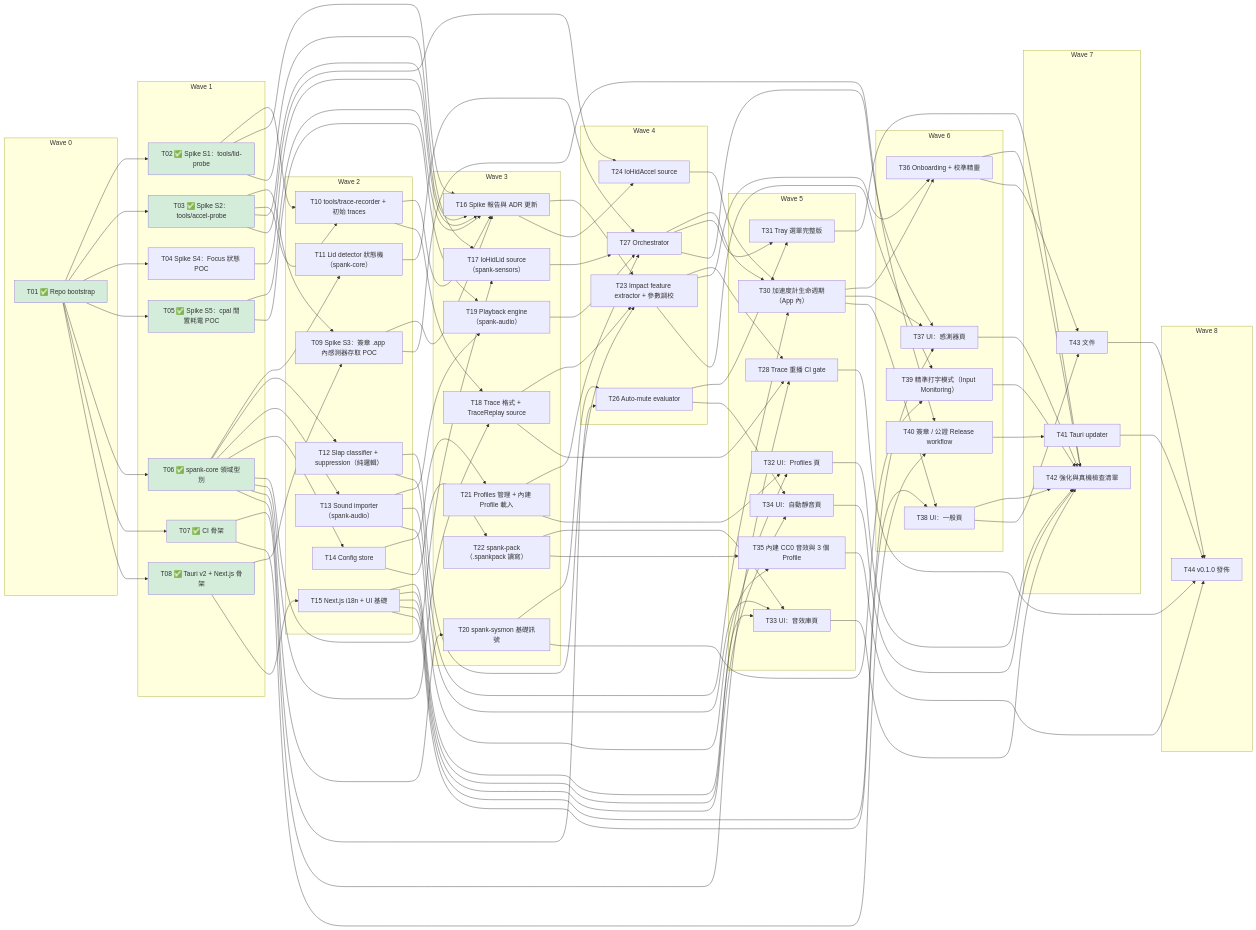
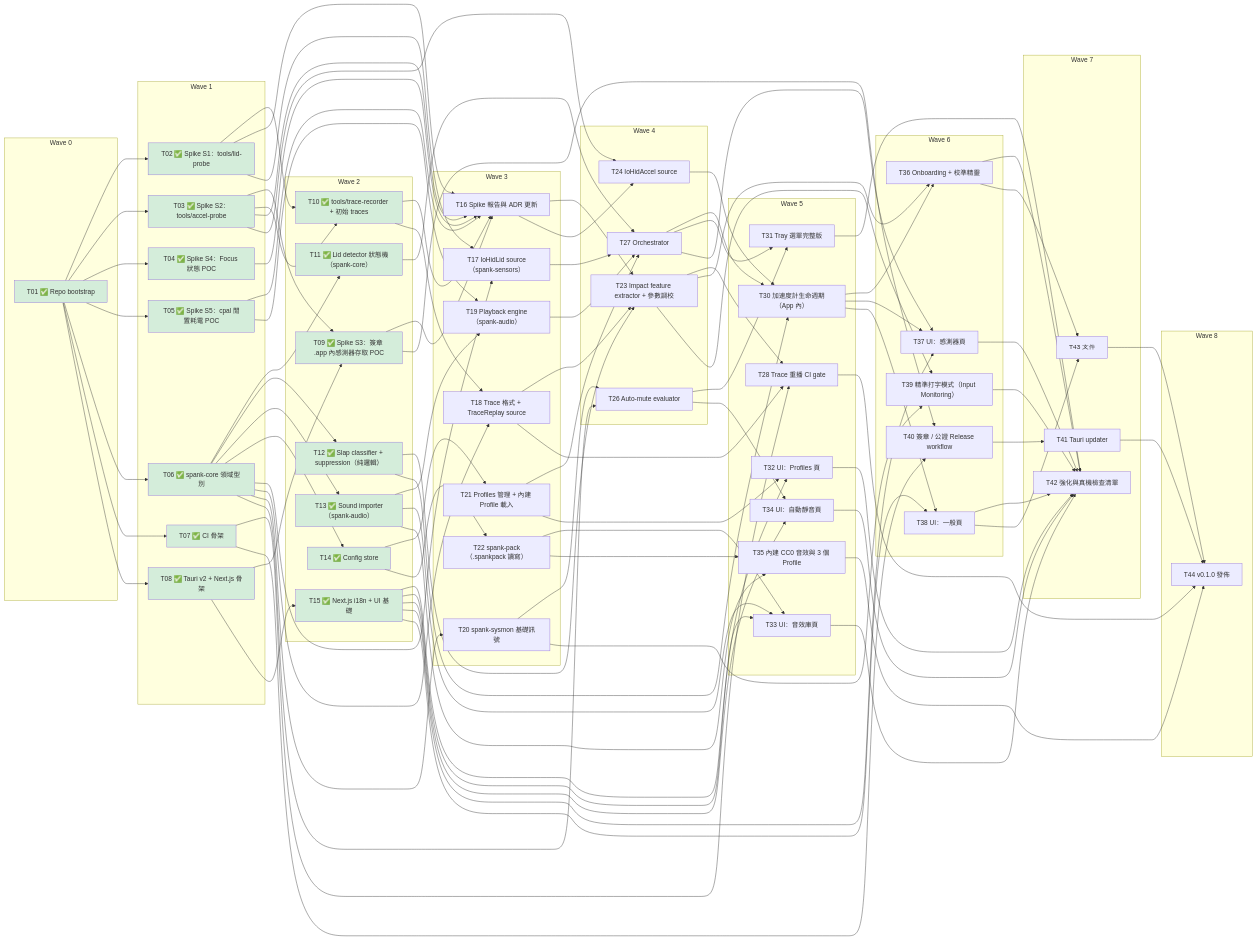
One commit to kaija/spank changed the diagram in docs/tasks.md. Above: the diagram before and after it, drawn with Mermaid. The commit also changed other lines of this file and 104 other files, not shown here.

First line of the commit message:
feat: complete Wave 2 (detectors, store, audio import, UI shell, traces, signing spike)

````diff
--- a/docs/tasks.md
+++ b/docs/tasks.md
@@ -28,20 +28,20 @@
   subgraph W1["Wave 1"]
     T02["T02 ✅ Spike S1：tools/lid-probe"]
     T03["T03 ✅ Spike S2：tools/accel-probe"]
-    T04["T04 Spike S4：Focus 狀態 POC"]
+    T04["T04 ✅ Spike S4：Focus 狀態 POC"]
     T05["T05 ✅ Spike S5：cpal 閒置耗電 POC"]
     T06["T06 ✅ spank-core 領域型別"]
     T07["T07 ✅ CI 骨架"]
     T08["T08 ✅ Tauri v2 + Next.js 骨架"]
   end
   subgraph W2["Wave 2"]
-    T09["T09 Spike S3：簽章 .app 內感測器存取 POC"]
-    T10["T10 tools/trace-recorder + 初始 traces"]
-    T11["T11 Lid detector 狀態機（spank-core）"]
-    T12["T12 Slap classifier + suppression（純邏輯）"]
-    T13["T13 Sound importer（spank-audio）"]
-    T14["T14 Config store"]
-    T15["T15 Next.js i18n + UI 基礎"]
+    T09["T09 ✅ Spike S3：簽章 .app 內感測器存取 POC"]
+    T10["T10 ✅ tools/trace-recorder + 初始 traces"]
+    T11["T11 ✅ Lid detector 狀態機（spank-core）"]
+    T12["T12 ✅ Slap classifier + suppression（純邏輯）"]
+    T13["T13 ✅ Sound importer（spank-audio）"]
+    T14["T14 ✅ Config store"]
+    T15["T15 ✅ Next.js i18n + UI 基礎"]
   end
   subgraph W3["Wave 3"]
     T16["T16 Spike 報告與 ADR 更新"]
@@ -170,8 +170,16 @@
   style T01 fill:#d4edda
   style T02 fill:#d4edda
   style T03 fill:#d4edda
+  style T04 fill:#d4edda
   style T05 fill:#d4edda
   style T06 fill:#d4edda
   style T07 fill:#d4edda
   style T08 fill:#d4edda
+  style T09 fill:#d4edda
+  style T10 fill:#d4edda
+  style T11 fill:#d4edda
+  style T12 fill:#d4edda
+  style T13 fill:#d4edda
+  style T14 fill:#d4edda
+  style T15 fill:#d4edda
 ```
````
